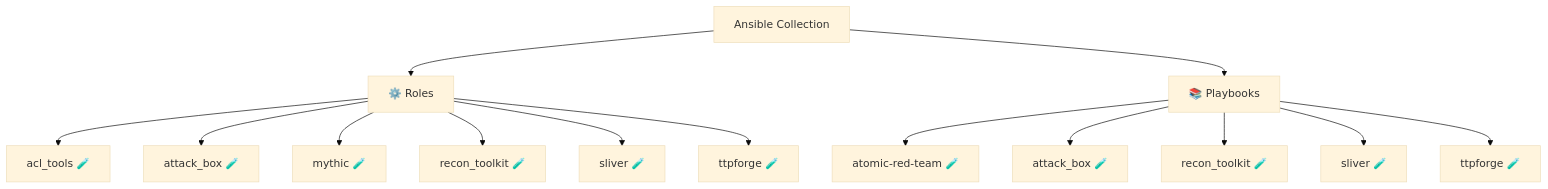
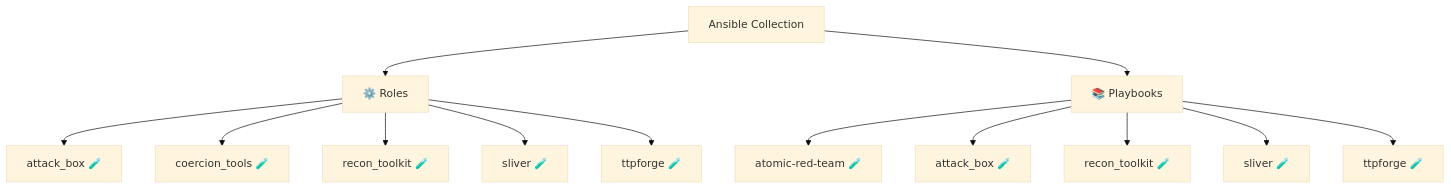
Before and after one commit to l50/ansible-collection-arsenal: the diagram in README.md, drawn with Mermaid (base theme). The commit also changed other lines of this file and 14 other files, not shown here.

First line of the commit message:
feat: add coercion_tools role for network poisoning and relay attacks

````diff
--- a/README.md
+++ b/README.md
@@ -13,17 +13,16 @@
 ```mermaid
 graph TD
     Collection[Ansible Collection]
     Collection --> Roles[⚙️ Roles]
-    Roles --> R0[acl_tools 🧪]
-    Roles --> R1[attack_box 🧪]
-    Roles --> R2[mythic 🧪]
-    Roles --> R3[recon_toolkit 🧪]
-    Roles --> R4[sliver 🧪]
-    Roles --> R5[ttpforge 🧪]
+    Roles --> R0[attack_box 🧪]
+    Roles --> R1[coercion_tools 🧪]
+    Roles --> R2[recon_toolkit 🧪]
+    Roles --> R3[sliver 🧪]
+    Roles --> R4[ttpforge 🧪]
     Collection --> Playbooks[📚 Playbooks]
     Playbooks --> PB0[atomic-red-team 🧪]
     Playbooks --> PB1[attack_box 🧪]
     Playbooks --> PB2[recon_toolkit 🧪]
     Playbooks --> PB3[sliver 🧪]
     Playbooks --> PB4[ttpforge 🧪]
 ```
````
